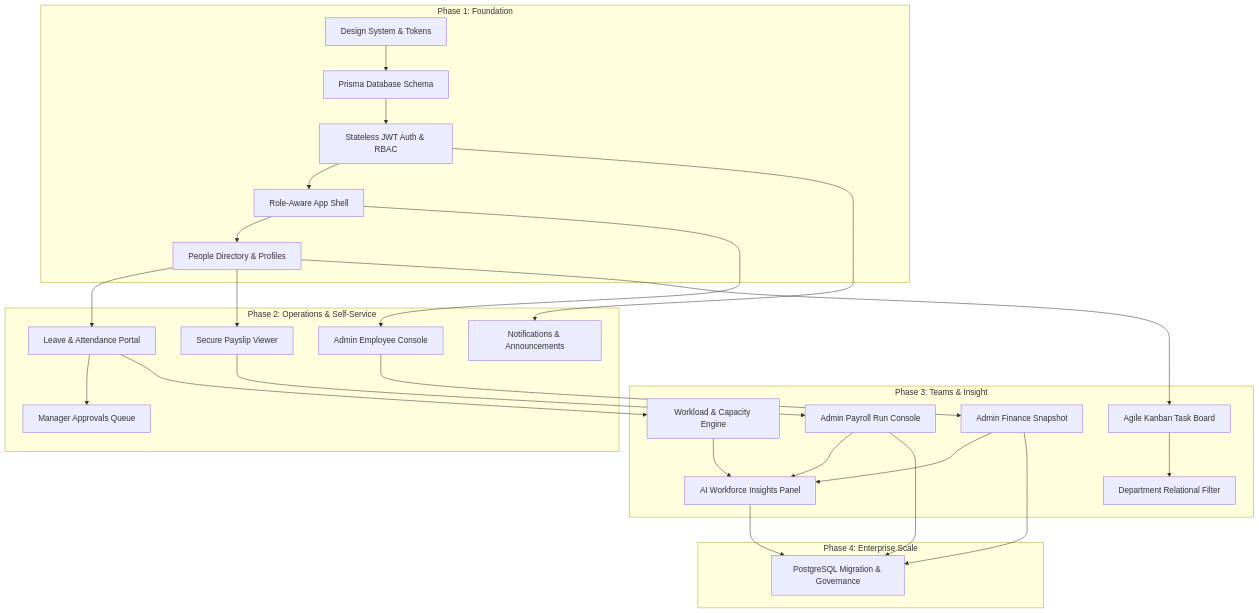
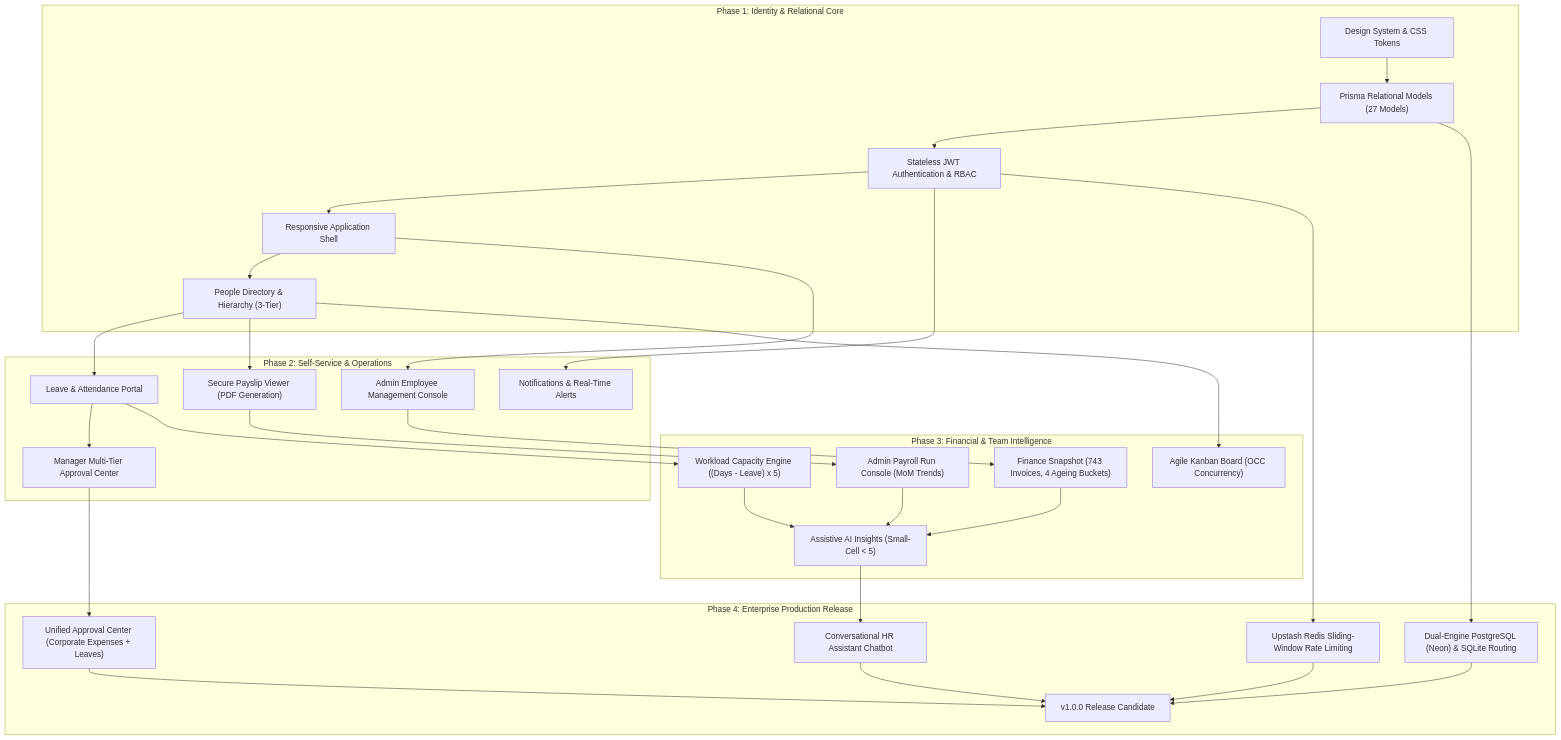
Before and after one commit to madugushivakumar/horizon-portal: the diagram in README.md, drawn with Mermaid. The commit also changed other lines of this file, not shown here.

````diff
--- a/README.md
+++ b/README.md
@@ -135,30 +94,33 @@
 ```mermaid
 graph TD
-    subgraph Phase 1: Foundation
-        A[Design System & Tokens] --> B[Prisma Database Schema]
-        B --> C[Stateless JWT Auth & RBAC]
-        C --> D[Role-Aware App Shell]
-        D --> E[People Directory & Profiles]
+    subgraph "Phase 1: Identity & Relational Core"
+        A["Design System & CSS Tokens"] --> B["Prisma Relational Models (27 Models)"]
+        B --> C["Stateless JWT Authentication & RBAC"]
+        C --> D["Responsive Application Shell"]
+        D --> E["People Directory & Hierarchy (3-Tier)"]
     end
 
-    subgraph Phase 2: Operations & Self-Service
-        E --> F[Leave & Attendance Portal]
-        E --> G[Secure Payslip Viewer]
-        C --> H[Notifications & Announcements]
-        D --> I[Admin Employee Console]
-        F --> J[Manager Approvals Queue]
+    subgraph "Phase 2: Self-Service & Operations"
+        E --> F["Leave & Attendance Portal"]
+        E --> G["Secure Payslip Viewer (PDF Generation)"]
+        C --> H["Notifications & Real-Time Alerts"]
+        D --> I["Admin Employee Management Console"]
+        F --> J["Manager Multi-Tier Approval Center"]
     end
 
-    subgraph Phase 3: Teams & Insight
-        G --> K[Admin Payroll Run Console]
-        I --> L[Admin Finance Snapshot]
-        E --> M[Agile Kanban Task Board]
-        F --> N[Workload & Capacity Engine]
-        K & L & N --> O[AI Workforce Insights Panel]
-        M --> P[Department Relational Filter]
+    subgraph "Phase 3: Financial & Team Intelligence"
+        G --> K["Admin Payroll Run Console (MoM Trends)"]
+        I --> L["Finance Snapshot (743 Invoices, 4 Ageing Buckets)"]
+        E --> M["Agile Kanban Board (OCC Concurrency)"]
+        F --> N["Workload Capacity Engine ((Days - Leave) x 5)"]
+        K & L & N --> O["Assistive AI Insights (Small-Cell < 5)"]
     end
 
-    subgraph Phase 4: Enterprise Scale
-        K & L & O --> Q[PostgreSQL Migration & Governance]
+    subgraph "Phase 4: Enterprise Production Release"
+        C --> P["Upstash Redis Sliding-Window Rate Limiting"]
+        J --> Q["Unified Approval Center (Corporate Expenses + Leaves)"]
+        O --> R["Conversational HR Assistant Chatbot"]
+        B --> S["Dual-Engine PostgreSQL (Neon) & SQLite Routing"]
+        P & Q & R & S --> T["v1.0.0 Release Candidate"]
     end
 ```
````
